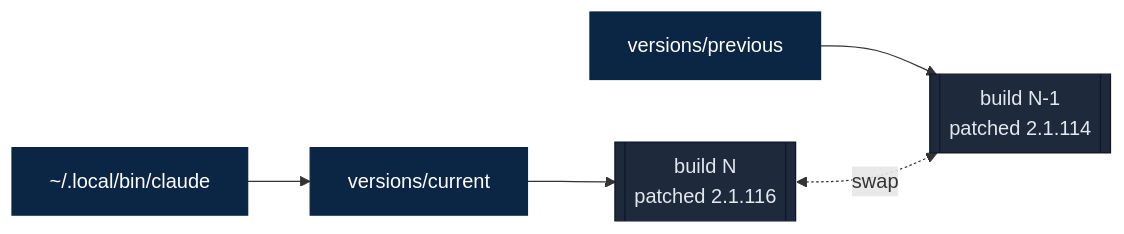
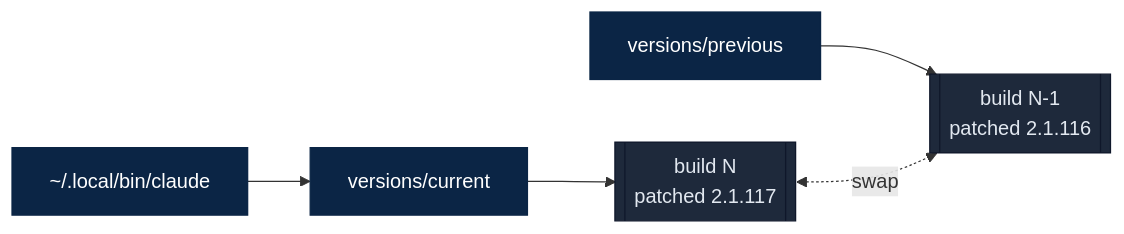
One commit to camjac251/cc-enhanced changed the second of 3 diagrams in README.md. Above: the diagram before and after it, drawn with Mermaid. The commit also changed other lines of this file, not shown here.

````diff
--- a/README.md
+++ b/README.md
@@ -70,13 +70,13 @@
 ```mermaid
 flowchart LR
     Launcher["~/.local/bin/claude"] --> Current["versions/current"]
     Previous["versions/previous"]
-    Current --> NewBuild[["build N<br/>patched 2.1.116"]]
-    Previous --> OldBuild[["build N-1<br/>patched 2.1.114"]]
+    Current --> NewBuild[["build N<br/>patched 2.1.117"]]
+    Previous --> OldBuild[["build N-1<br/>patched 2.1.116"]]
     NewBuild <-. swap .-> OldBuild
 
     classDef sym fill:#0b2545,stroke:#0b2545,color:#fff
     classDef build fill:#1e293b,stroke:#0f172a,color:#e2e8f0
     class Launcher,Current,Previous sym
     class NewBuild,OldBuild build
 ```
````
